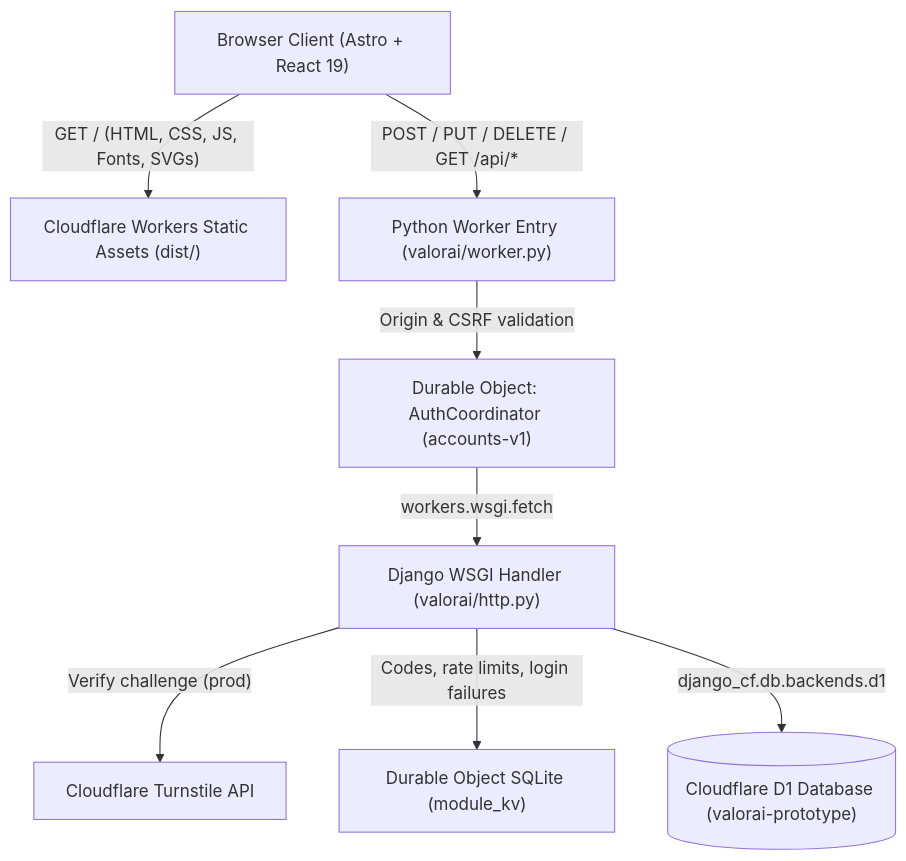
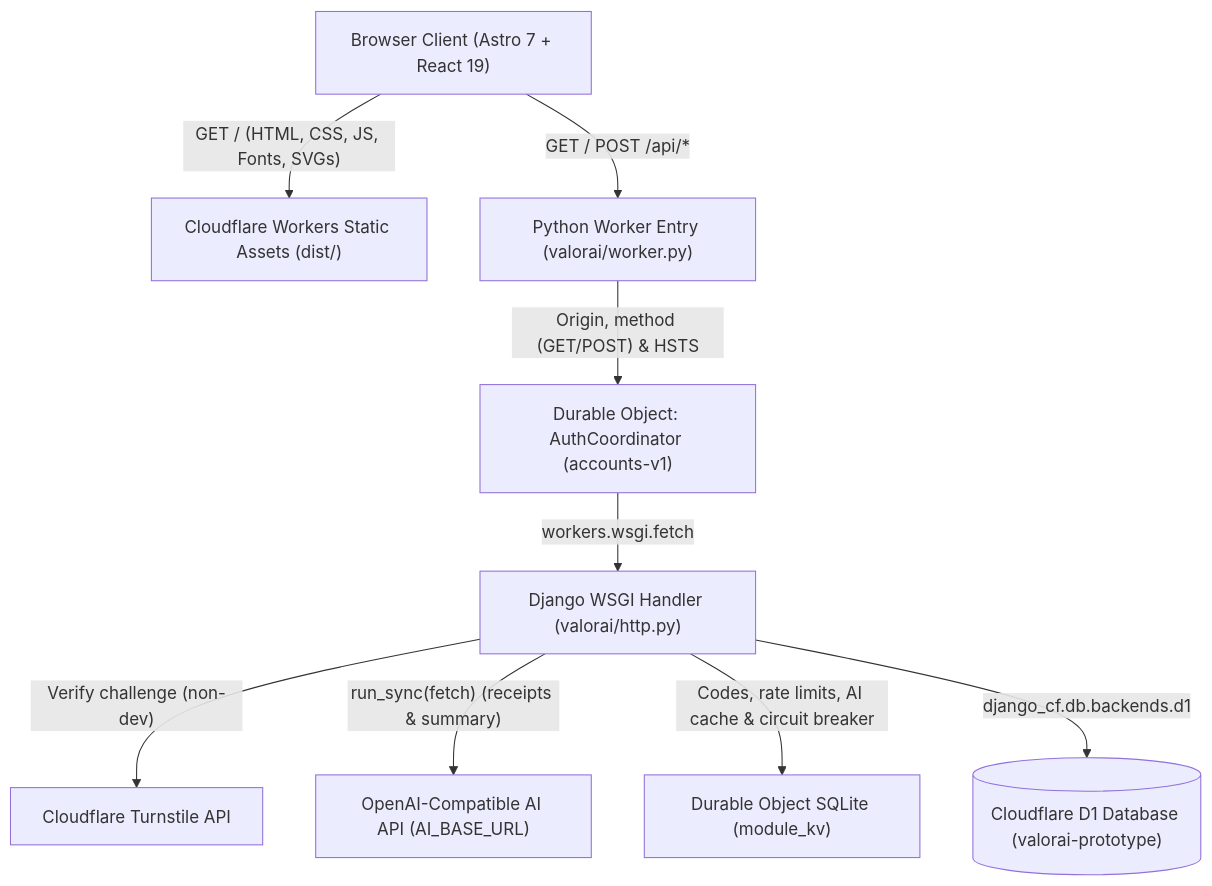
The first of 2 diagrams in ARCHITECTURE.md (noti0nS/valorai), drawn with Mermaid before and after one commit. The commit also changed other lines of this file, not shown here.

Commit message:
docs: update ARCHITECTURE.md with ADRs 0003-0007 and current API

````diff
--- a/ARCHITECTURE.md
+++ b/ARCHITECTURE.md
@@ -15,19 +20,21 @@
 ```mermaid
 flowchart TD
-    Browser["Browser Client (Astro + React 19)"]
+    Browser["Browser Client (Astro 7 + React 19)"]
     CDN["Cloudflare Workers Static Assets (dist/)"]
     Worker["Python Worker Entry (valorai/worker.py)"]
     Turnstile["Cloudflare Turnstile API"]
+    AI["OpenAI-Compatible AI API (AI_BASE_URL)"]
     DO["Durable Object: AuthCoordinator (accounts-v1)"]
     Django["Django WSGI Handler (valorai/http.py)"]
     DO_KV["Durable Object SQLite (module_kv)"]
     D1[("Cloudflare D1 Database (valorai-prototype)")]
 
     Browser -->|"GET / (HTML, CSS, JS, Fonts, SVGs)"| CDN
-    Browser -->|"POST / PUT / DELETE / GET /api/*"| Worker
-    Worker -->|"Origin & CSRF validation"| DO
+    Browser -->|"GET / POST /api/*"| Worker
+    Worker -->|"Origin, method (GET/POST) & HSTS"| DO
     DO -->|"workers.wsgi.fetch"| Django
-    Django -->|"Verify challenge (prod)"| Turnstile
-    Django -->|"Codes, rate limits, login failures"| DO_KV
+    Django -->|"Verify challenge (non-dev)"| Turnstile
+    Django -->|"run_sync(fetch) (receipts & summary)"| AI
+    Django -->|"Codes, rate limits, AI cache & circuit breaker"| DO_KV
     Django -->|"django_cf.db.backends.d1"| D1
 ```
````
